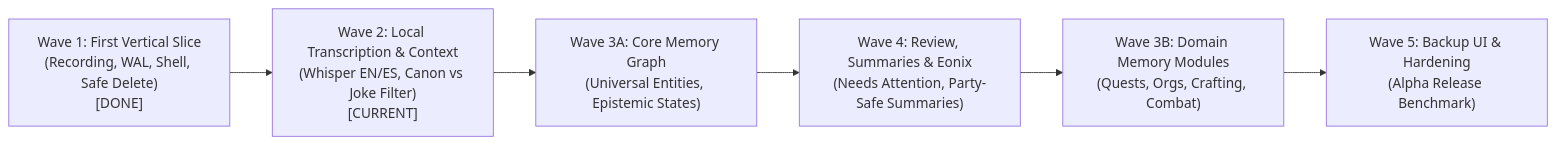
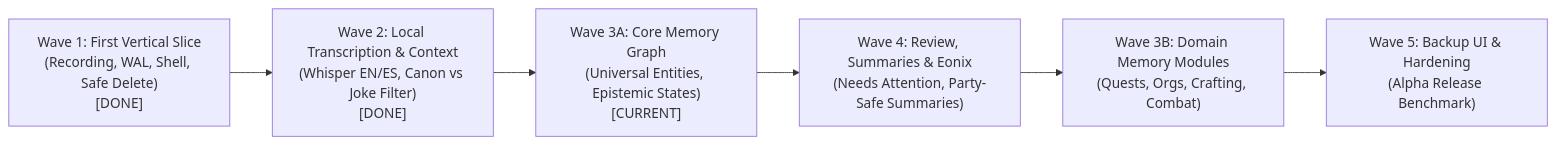
The diagram in README.md (jmunozc023/PalantyrV0.2), drawn with Mermaid before and after one commit. The commit also changed 3 other files, not shown here.

````diff
--- a/README.md
+++ b/README.md
@@ -176,11 +176,11 @@
 ```mermaid
 flowchart LR
     W1["Wave 1: First Vertical Slice\n(Recording, WAL, Shell, Safe Delete)\n[DONE]"]
-    W2["Wave 2: Local Transcription & Context\n(Whisper EN/ES, Canon vs Joke Filter)\n[CURRENT]"]
-    W3A["Wave 3A: Core Memory Graph\n(Universal Entities, Epistemic States)"]
+    W2["Wave 2: Local Transcription & Context\n(Whisper EN/ES, Canon vs Joke Filter)\n[DONE]"]
+    W3A["Wave 3A: Core Memory Graph\n(Universal Entities, Epistemic States)\n[CURRENT]"]
     W4["Wave 4: Review, Summaries & Eonix\n(Needs Attention, Party-Safe Summaries)"]
     W3B["Wave 3B: Domain Memory Modules\n(Quests, Orgs, Crafting, Combat)"]
     W5["Wave 5: Backup UI & Hardening\n(Alpha Release Benchmark)"]
 
     W1 --> W2 --> W3A --> W4 --> W3B --> W5
 ```
````
